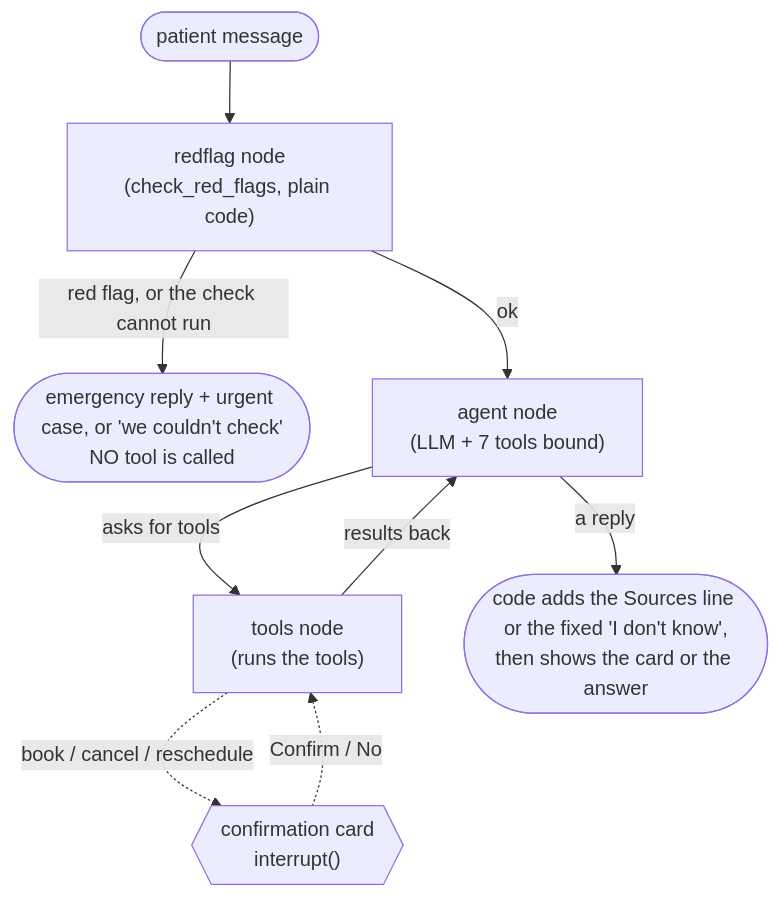
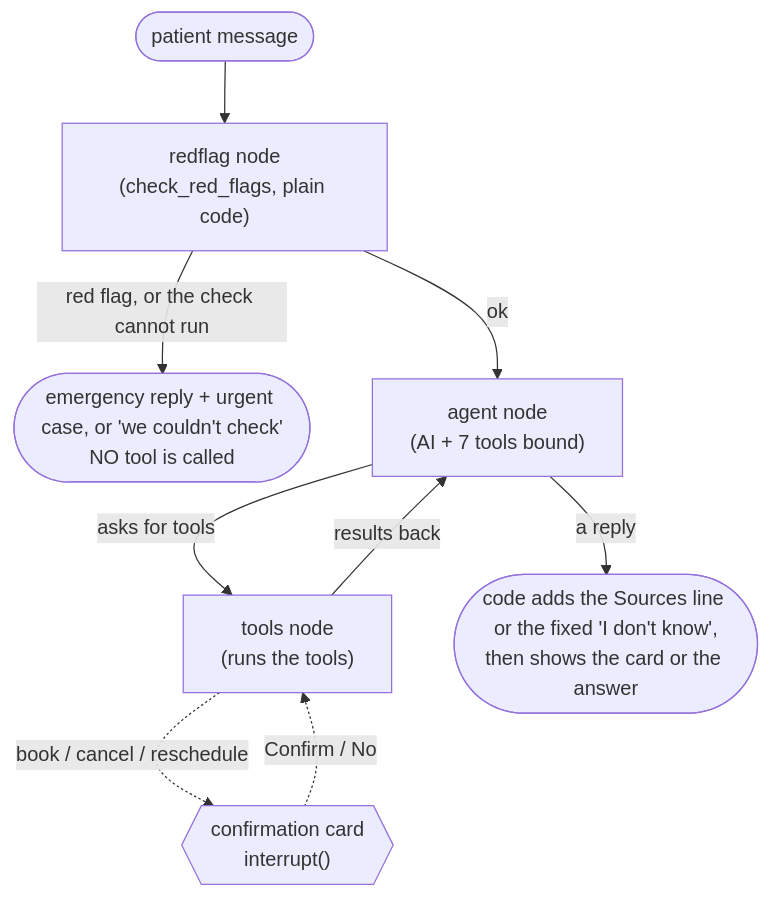
One commit to sanjana1925/netracare-iteration04 changed the third of 6 diagrams in README.md. Above: the diagram before and after it, drawn with Mermaid. The commit also changed other lines of this file, not shown here.

Commit message:
Rewrite the README in simple words: all four iterations, Mermaid diagrams, tests and results

````diff
--- a/README.md
+++ b/README.md
@@ -26,11 +102,11 @@
 ```mermaid
 flowchart TD
     S([patient message]) --> R["redflag node<br/>(check_red_flags, plain code)"]
     R -->|"red flag, or the check cannot run"| X([emergency reply + urgent case, or 'we couldn't check'<br/>NO tool is called])
-    R -->|"ok"| A["agent node<br/>(LLM + 7 tools bound)"]
+    R -->|"ok"| A["agent node<br/>(AI + 7 tools bound)"]
     A -->|"asks for tools"| T["tools node<br/>(runs the tools)"]
     T -->|"results back"| A
     T -.->|"book / cancel / reschedule"| C{{"confirmation card<br/>interrupt()"}}
     C -.->|"Confirm / No"| T
     A -->|"a reply"| E(["code adds the Sources line or the fixed 'I don't know',<br/>then shows the card or the answer"])
 ```
````
